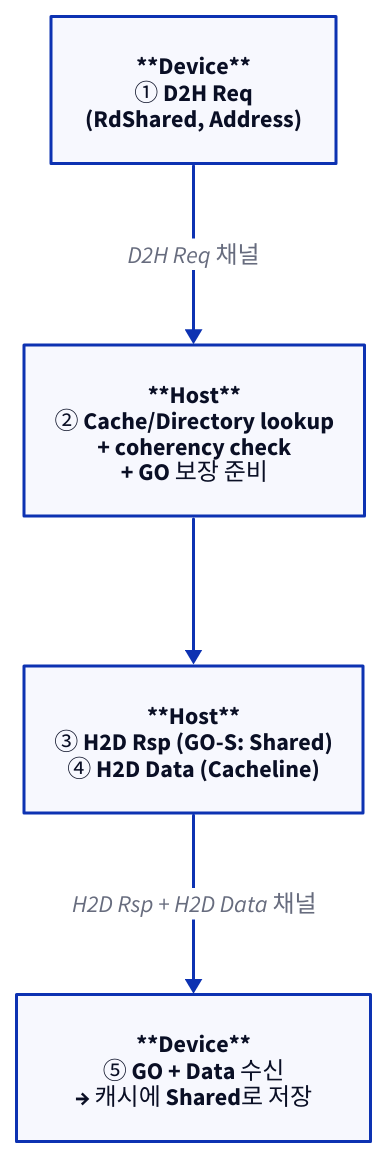
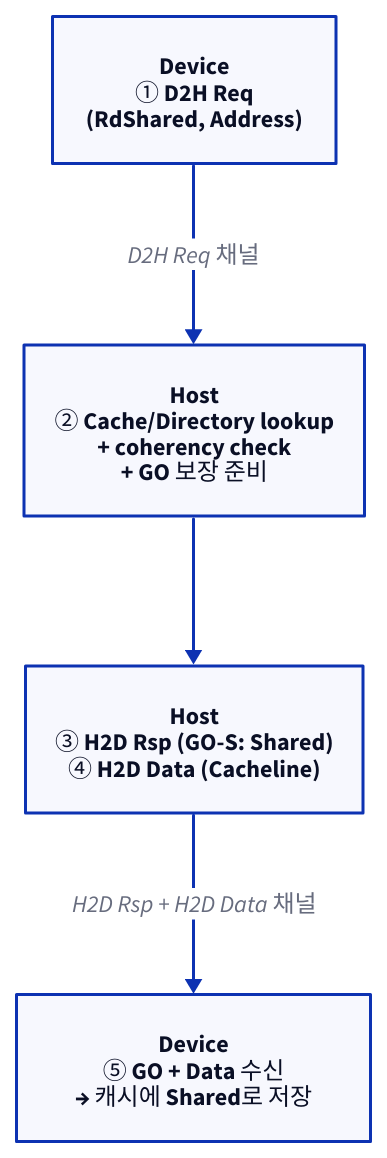
The second of 2 diagrams in starlight_site/src/content/docs/cxl/02_flexbus_protocols.md (humbleowl39/DV_SKOOL), drawn with D2 before and after one commit. The commit also changed other lines of this file and 714 other files, not shown here.

First line of the commit message:
fix(site): d2 다이어그램 가독성 결함 6종 일괄 수정

````diff
--- a/starlight_site/src/content/docs/cxl/02_flexbus_protocols.md
+++ b/starlight_site/src/content/docs/cxl/02_flexbus_protocols.md
@@ -74,12 +74,12 @@
 ```d2
 direction: down
 
-D1: "**Device**\n① D2H Req\n(RdShared, Address)"
-H1: "**Host**\n② Cache/Directory lookup\n+ coherency check\n+ GO 보장 준비"
-H2: "**Host**\n③ H2D Rsp (GO-S: Shared)\n④ H2D Data (Cacheline)"
-D2: "**Device**\n⑤ GO + Data 수신\n→ 캐시에 Shared로 저장"
+D1: "Device\n① D2H Req\n(RdShared, Address)"
+H1: "Host\n② Cache/Directory lookup\n+ coherency check\n+ GO 보장 준비"
+H2: "Host\n③ H2D Rsp (GO-S: Shared)\n④ H2D Data (Cacheline)"
+D2: "Device\n⑤ GO + Data 수신\n→ 캐시에 Shared로 저장"
 
 D1 -> H1: "D2H Req 채널"
 H1 -> H2
 H2 -> D2: "H2D Rsp + H2D Data 채널"
 ```
````
